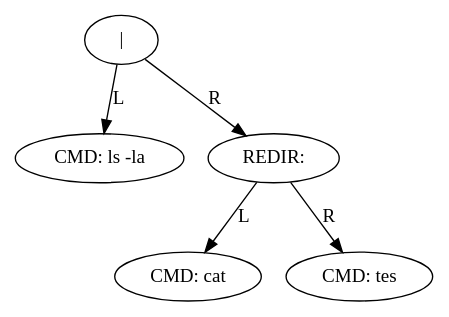
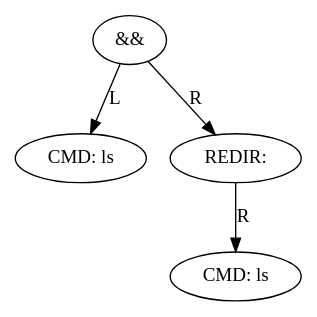
One commit to elachyry/minishell changed the diagram in ast.dot. Above: the diagram before and after it, drawn with Graphviz. The commit also changed 10 other files, not shown here.

```diff
--- a/ast.dot
+++ b/ast.dot
@@ -1,11 +1,9 @@
 digraph AST {
-"0x603000001480" [label="|"];
-"0x603000001480" -> "0x6030000014e0" [label="L"];
-"0x6030000014e0" [label="CMD: ls -la"];
-"0x603000001480" -> "0x603000001510" [label="R"];
-"0x603000001510" [label="REDIR: "];
-"0x603000001510" -> "0x603000001570" [label="L"];
-"0x603000001570" [label="CMD: cat"];
-"0x603000001510" -> "0x603000001540" [label="R"];
-"0x603000001540" [label="CMD: tes"];
+"0x603000001a50" [label="&&"];
+"0x603000001a50" -> "0x603000001a80" [label="L"];
+"0x603000001a80" [label="CMD: ls"];
+"0x603000001a50" -> "0x603000001ab0" [label="R"];
+"0x603000001ab0" [label="REDIR: "];
+"0x603000001ab0" -> "0x603000001ae0" [label="R"];
+"0x603000001ae0" [label="CMD: ls"];
 }
```
